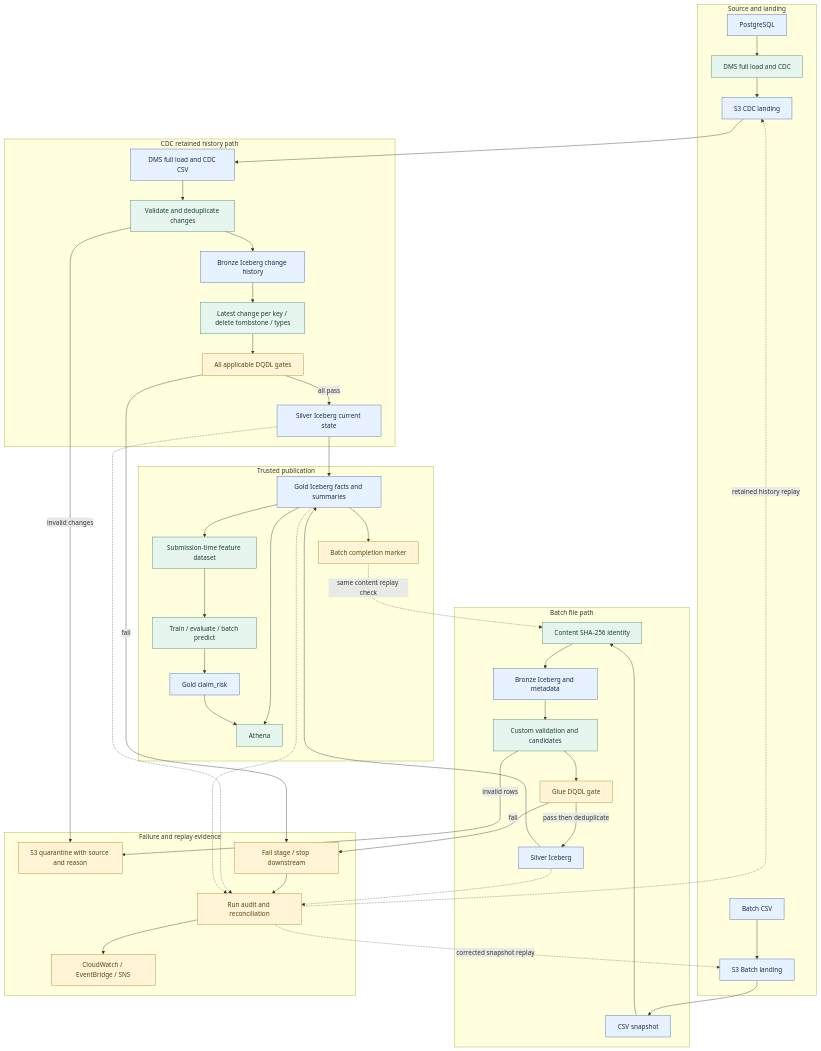
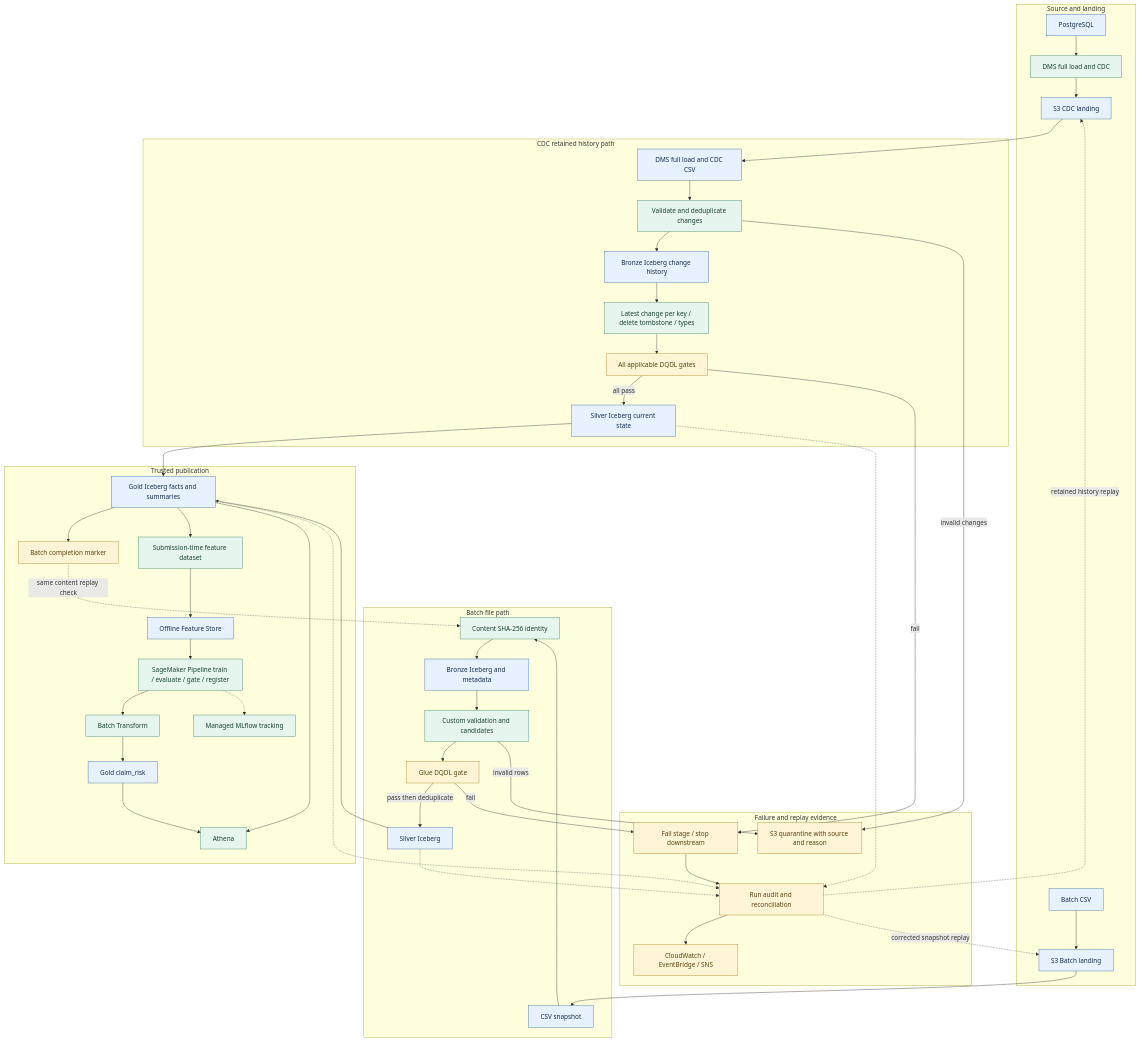
Before and after one commit to qcc91/AWS-PIPELINE-AI: the diagram in docs/architecture/data-flow.md, drawn with Mermaid. The commit also changed other lines of this file and 11 other files, not shown here.

````diff
--- a/docs/architecture/data-flow.md
+++ b/docs/architecture/data-flow.md
@@ -5,60 +5,64 @@
 ```mermaid
 flowchart TB
   subgraph ingestion[Source and landing]
     PG[PostgreSQL] --> DMS[DMS full load and CDC]
     CSV[Batch CSV] --> BL[S3 Batch landing]
     DMS --> CL[S3 CDC landing]
   end
   subgraph batch[Batch file path]
     F[CSV snapshot] --> ID[Content SHA-256 identity]
     ID --> BB[Bronze Iceberg and metadata]
     BB --> BC[Custom validation and candidates]
     BC --> BDQ[Glue DQDL gate]
     BDQ -->|pass then deduplicate| BS[Silver Iceberg]
   end
   BL --> F
   CL --> H
   subgraph cdc[CDC retained history path]
     H[DMS full load and CDC CSV] --> CV[Validate and deduplicate changes]
     CV --> CB[Bronze Iceberg change history]
     CB --> CS[Latest change per key / delete tombstone / types]
     CS --> CDQ[All applicable DQDL gates]
     CDQ -->|all pass| SI[Silver Iceberg current state]
   end
   subgraph publish[Trusted publication]
     G[Gold Iceberg facts and summaries]
     DONE[Batch completion marker]
     PIT[Submission-time feature dataset]
-    ML[Train / evaluate / batch predict]
+    FS[Offline Feature Store]
+    ML[SageMaker Pipeline train / evaluate / gate / register]
+    BT[Batch Transform]
+    MF[Managed MLflow tracking]
     P[Gold claim_risk]
     G --> DONE
-    G --> PIT --> ML --> P
+    G --> PIT --> FS --> ML --> BT --> P
+    ML -.-> MF
     G --> A[Athena]
     P --> A
   end
   BS --> G
   SI --> G
   subgraph recovery[Failure and replay evidence]
     Q[S3 quarantine with source and reason]
     STOP[Fail stage / stop downstream]
     AUD[Run audit and reconciliation]
     ALERT[CloudWatch / EventBridge / SNS]
     STOP --> AUD --> ALERT
   end
   BC -->|invalid rows| Q
   CV -->|invalid changes| Q
   BDQ -->|fail| STOP
   CDQ -->|fail| STOP
   BS -.-> AUD
   SI -.-> AUD
   G -.-> AUD
   DONE -.->|same content replay check| ID
   AUD -.->|corrected snapshot replay| BL
   AUD -.->|retained history replay| CL
   classDef data fill:#e8f1ff,stroke:#3569a8,color:#172b4d;
   classDef process fill:#e7f5ef,stroke:#398268,color:#173f32;
   classDef control fill:#fff4d6,stroke:#ab8124,color:#594410;
-  class F,BB,BS,H,CB,SI,G,P,PG,CSV,BL,CL data;
-  class ID,BC,CV,CS,PIT,ML,DMS,A process;
+  class F,BB,BS,H,CB,SI,G,P,PG,CSV,BL,CL,FS data;
+  class ID,BC,CV,CS,PIT,ML,BT,MF,DMS,A process;
   class BDQ,CDQ,DONE,Q,STOP,AUD,ALERT control;
 ```
````
